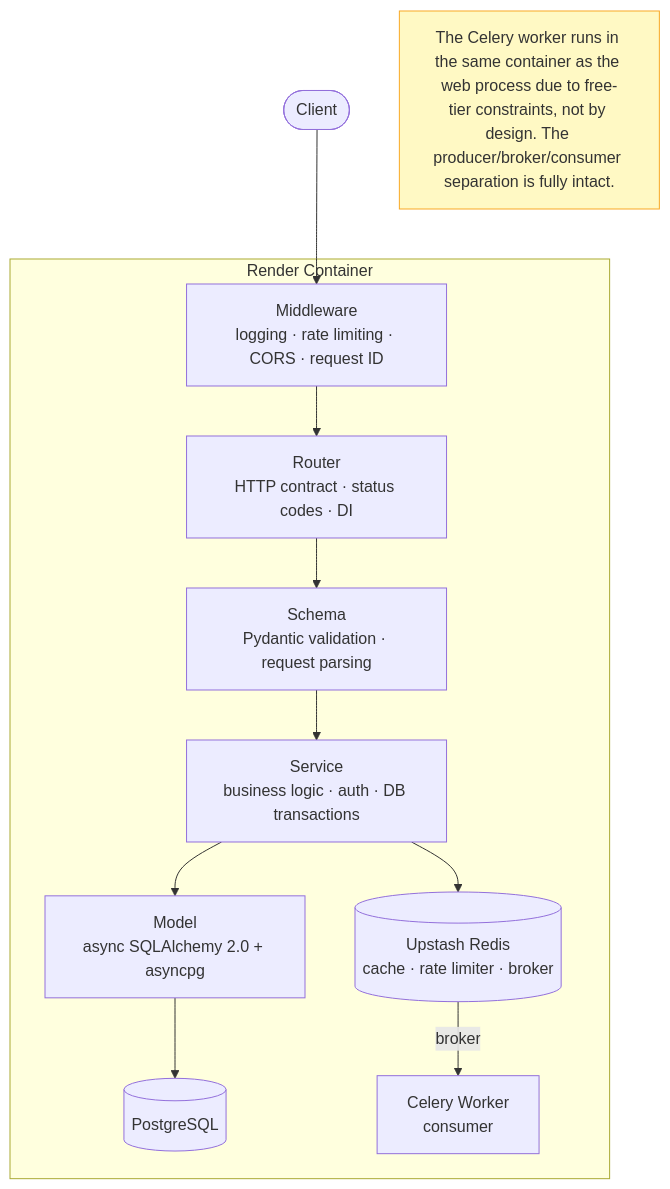
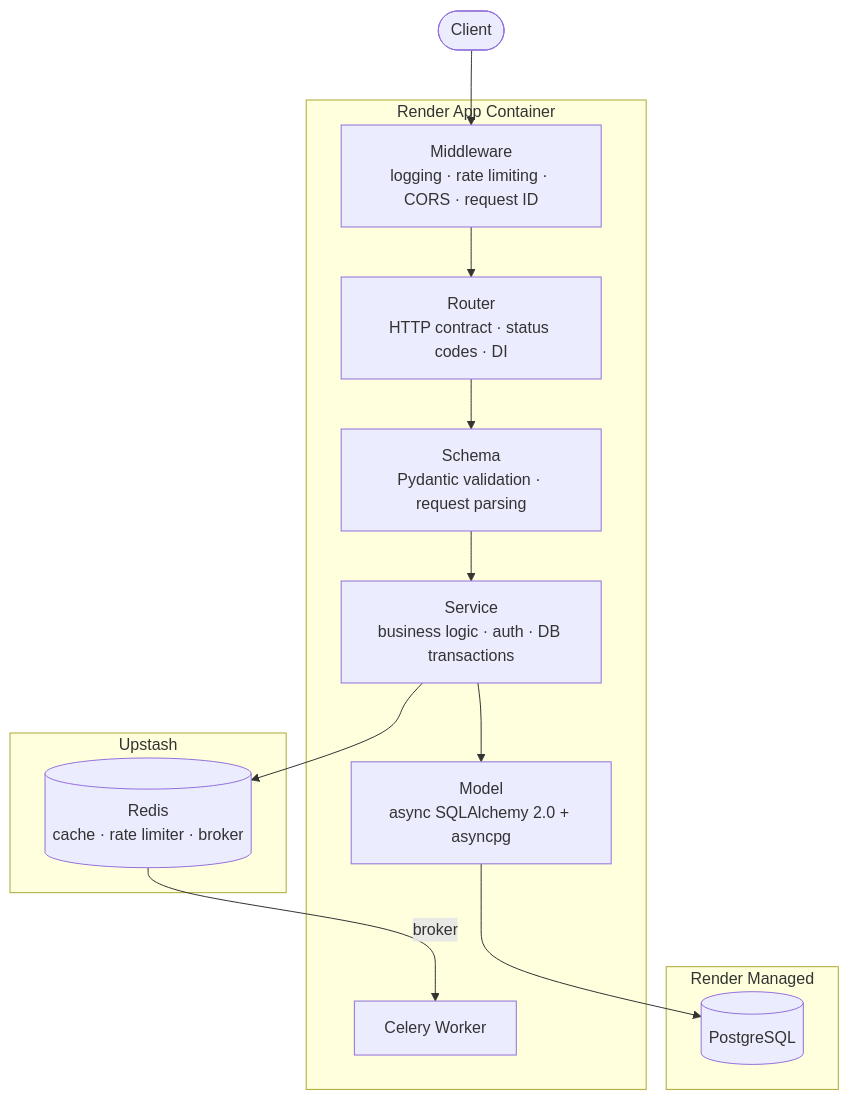
One commit to anasmohamed05221/E-Commerce changed the first of 2 diagrams in README.md. Above: the diagram before and after it, drawn with Mermaid.

Commit message:
docs: fix architecture diagram container boundaries and remove oversized note

````diff
--- a/README.md
+++ b/README.md
@@ -88,22 +88,26 @@
 ```mermaid
 flowchart TD
-    Client([Client]) --> MW
+    Client([Client])
 
-    subgraph Render Container
+    subgraph Render App Container
         MW[Middleware\nlogging · rate limiting · CORS · request ID]
-        MW --> Router[Router\nHTTP contract · status codes · DI]
-        Router --> Schema[Schema\nPydantic validation · request parsing]
-        Schema --> Service[Service\nbusiness logic · auth · DB transactions]
-        Service --> Model[Model\nasync SQLAlchemy 2.0 + asyncpg]
-        Model --> PG[(PostgreSQL)]
-
-        Service --> Redis[(Upstash Redis\ncache · rate limiter · broker)]
-
-        Worker[Celery Worker\nconsumer]
+        Router[Router\nHTTP contract · status codes · DI]
+        Schema[Schema\nPydantic validation · request parsing]
+        Service[Service\nbusiness logic · auth · DB transactions]
+        Model[Model\nasync SQLAlchemy 2.0 + asyncpg]
+        Worker[Celery Worker]
     end
 
+    subgraph Render Managed
+        PG[(PostgreSQL)]
+    end
+
+    subgraph Upstash
+        Redis[(Redis\ncache · rate limiter · broker)]
+    end
+
+    Client --> MW
+    MW --> Router --> Schema --> Service --> Model --> PG
+    Service --> Redis
     Redis -->|broker| Worker
-
-    classDef note fill:#fff9c4,stroke:#f9a825,color:#333
-    note["`The Celery worker runs in the same container as the web process due to free-tier constraints, not by design. The producer/broker/consumer separation is fully intact.`"]:::note
 ```
````
